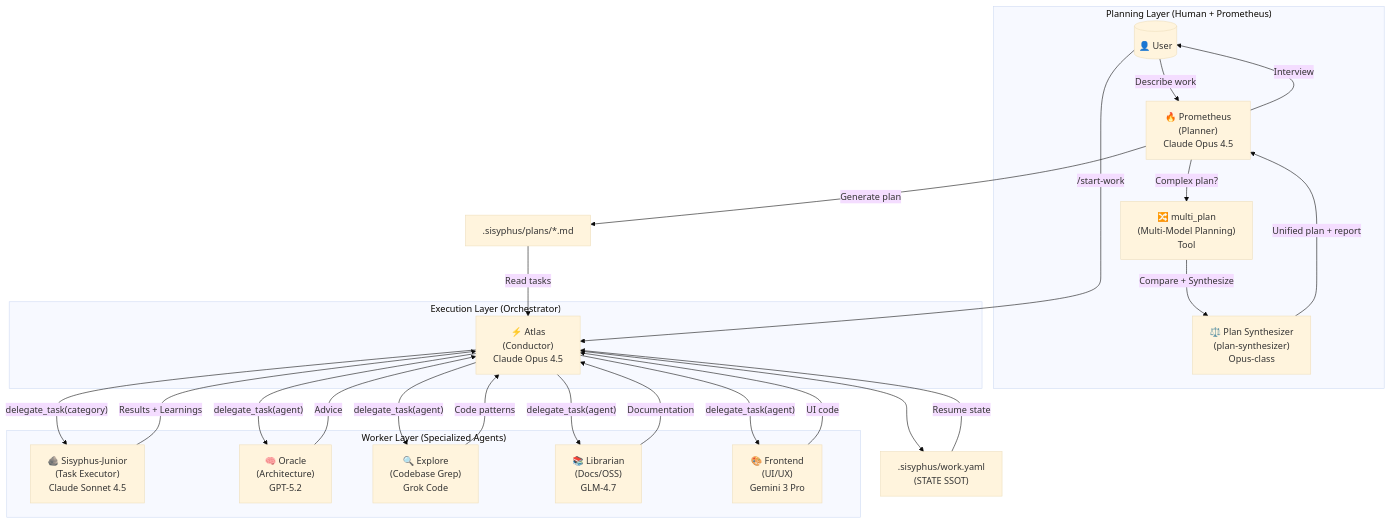
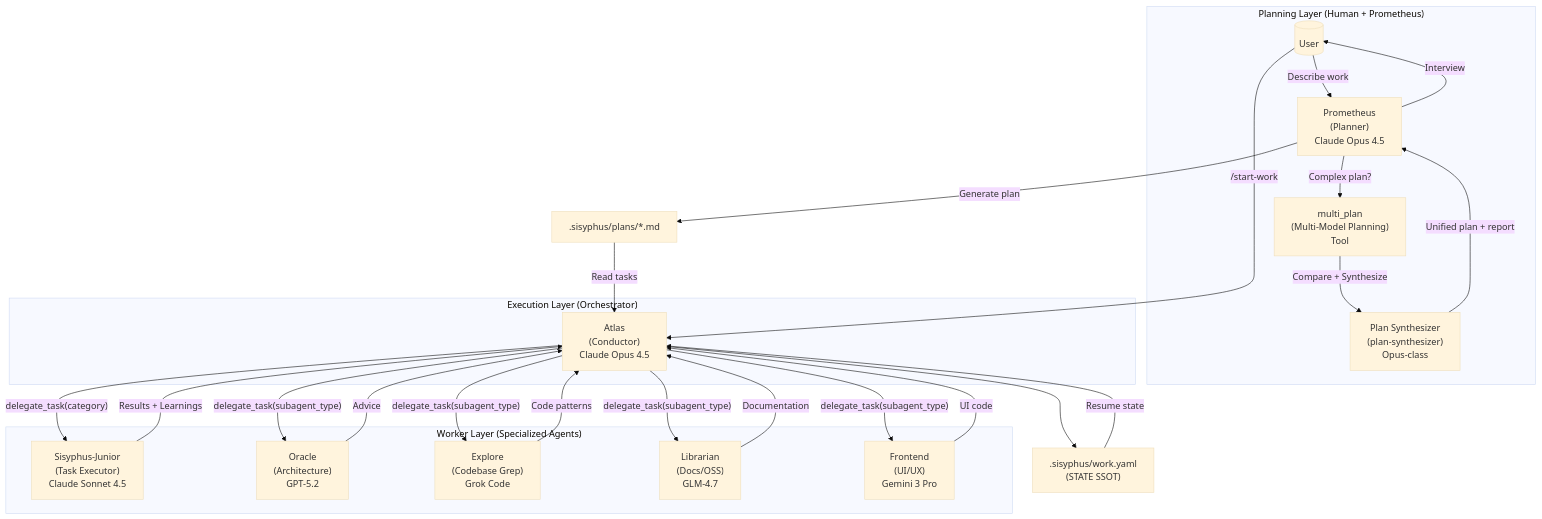
The first of 4 diagrams in docs/guide/understanding-orchestration-system.md (arcthur/oh-my-opencode), drawn with Mermaid (base theme) before and after one commit. The commit also changed other lines of this file and 50 other files, not shown here.

First line of the commit message:
refactor(docs): restructure documentation into layered architecture

````diff
--- a/docs/guide/understanding-orchestration-system.md
+++ b/docs/guide/understanding-orchestration-system.md
@@ -22,45 +22,45 @@
 ```mermaid
 flowchart TB
     subgraph Planning["Planning Layer (Human + Prometheus)"]
-        User[("👤 User")]
-        Prometheus["🔥 Prometheus<br/>(Planner)<br/>Claude Opus 4.5"]
-        MultiPlan["🔀 multi_plan<br/>(Multi-Model Planning)<br/>Tool"]
-        Synth["⚖️ Plan Synthesizer<br/>(plan-synthesizer)<br/>Opus-class"]
+        User[("User")]
+        Prometheus["Prometheus<br/>(Planner)<br/>Claude Opus 4.5"]
+        MultiPlan["multi_plan<br/>(Multi-Model Planning)<br/>Tool"]
+        Synth["Plan Synthesizer<br/>(plan-synthesizer)<br/>Opus-class"]
     end
     
     subgraph Execution["Execution Layer (Orchestrator)"]
-        Orchestrator["⚡ Atlas<br/>(Conductor)<br/>Claude Opus 4.5"]
+        Orchestrator["Atlas<br/>(Conductor)<br/>Claude Opus 4.5"]
     end
     
     subgraph Workers["Worker Layer (Specialized Agents)"]
-        Junior["🪨 Sisyphus-Junior<br/>(Task Executor)<br/>Claude Sonnet 4.5"]
-        Oracle["🧠 Oracle<br/>(Architecture)<br/>GPT-5.2"]
-        Explore["🔍 Explore<br/>(Codebase Grep)<br/>Grok Code"]
-        Librarian["📚 Librarian<br/>(Docs/OSS)<br/>GLM-4.7"]
-        Frontend["🎨 Frontend<br/>(UI/UX)<br/>Gemini 3 Pro"]
+        Junior["Sisyphus-Junior<br/>(Task Executor)<br/>Claude Sonnet 4.5"]
+        Oracle["Oracle<br/>(Architecture)<br/>GPT-5.2"]
+        Explore["Explore<br/>(Codebase Grep)<br/>Grok Code"]
+        Librarian["Librarian<br/>(Docs/OSS)<br/>GLM-4.7"]
+        Frontend["Frontend<br/>(UI/UX)<br/>Gemini 3 Pro"]
     end
     
     User -->|"Describe work"| Prometheus
     Prometheus -->|"Interview"| User
     Prometheus -->|"Generate plan"| Plan[".sisyphus/plans/*.md"]
     Prometheus -->|"Complex plan?"| MultiPlan
     MultiPlan -->|"Compare + Synthesize"| Synth
     Synth -->|"Unified plan + report"| Prometheus
     
     User -->|"/start-work"| Orchestrator
     Orchestrator --> WorkState[".sisyphus/work.yaml<br/>(STATE SSOT)"]
     Plan -->|"Read tasks"| Orchestrator
     WorkState -->|"Resume state"| Orchestrator
     
     Orchestrator -->|"delegate_task(category)"| Junior
-    Orchestrator -->|"delegate_task(agent)"| Oracle
-    Orchestrator -->|"delegate_task(agent)"| Explore
-    Orchestrator -->|"delegate_task(agent)"| Librarian
-    Orchestrator -->|"delegate_task(agent)"| Frontend
+    Orchestrator -->|"delegate_task(subagent_type)"| Oracle
+    Orchestrator -->|"delegate_task(subagent_type)"| Explore
+    Orchestrator -->|"delegate_task(subagent_type)"| Librarian
+    Orchestrator -->|"delegate_task(subagent_type)"| Frontend
     
     Junior -->|"Results + Learnings"| Orchestrator
     Oracle -->|"Advice"| Orchestrator
     Explore -->|"Code patterns"| Orchestrator
     Librarian -->|"Documentation"| Orchestrator
     Frontend -->|"UI code"| Orchestrator
 ```
````
